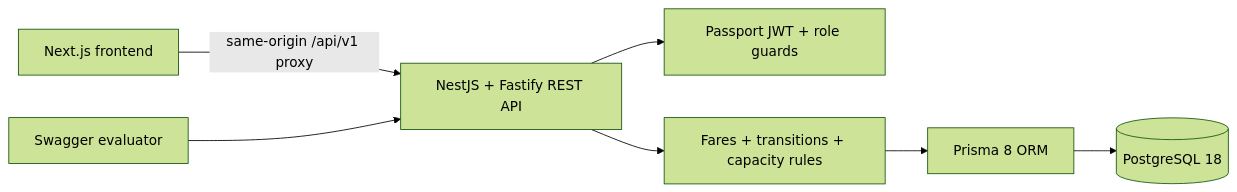
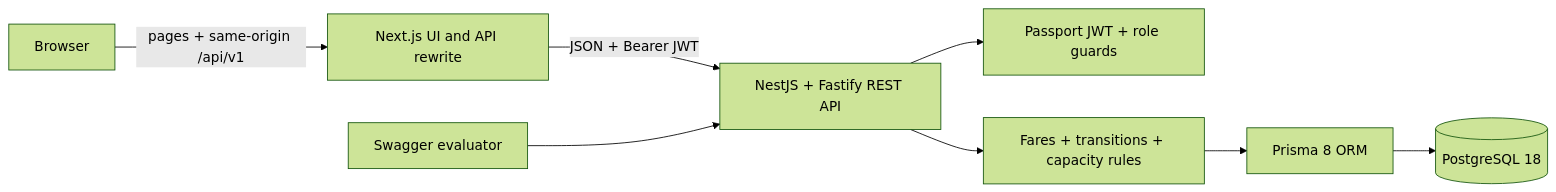
One commit to AtifChy/dhaka-tesla changed the first of 2 diagrams in README.md. Above: the diagram before and after it, drawn with Mermaid (forest theme). The commit also changed other lines of this file and 9 other files, not shown here.

````diff
--- a/README.md
+++ b/README.md
@@ -15,9 +17,10 @@
 ```mermaid
 flowchart LR
-  Browser[Next.js frontend] -->|same-origin /api/v1 proxy| API[NestJS + Fastify REST API]
+  Browser[Browser] -->|pages + same-origin /api/v1| Next[Next.js UI and API rewrite]
+  Next -->|JSON + Bearer JWT| API[NestJS + Fastify REST API]
   Swagger[Swagger evaluator] --> API
   API --> Auth[Passport JWT + role guards]
   API --> Domain[Fares + transitions + capacity rules]
   Domain --> ORM[Prisma 8 ORM]
   ORM --> DB[(PostgreSQL 18)]
 ```
````
